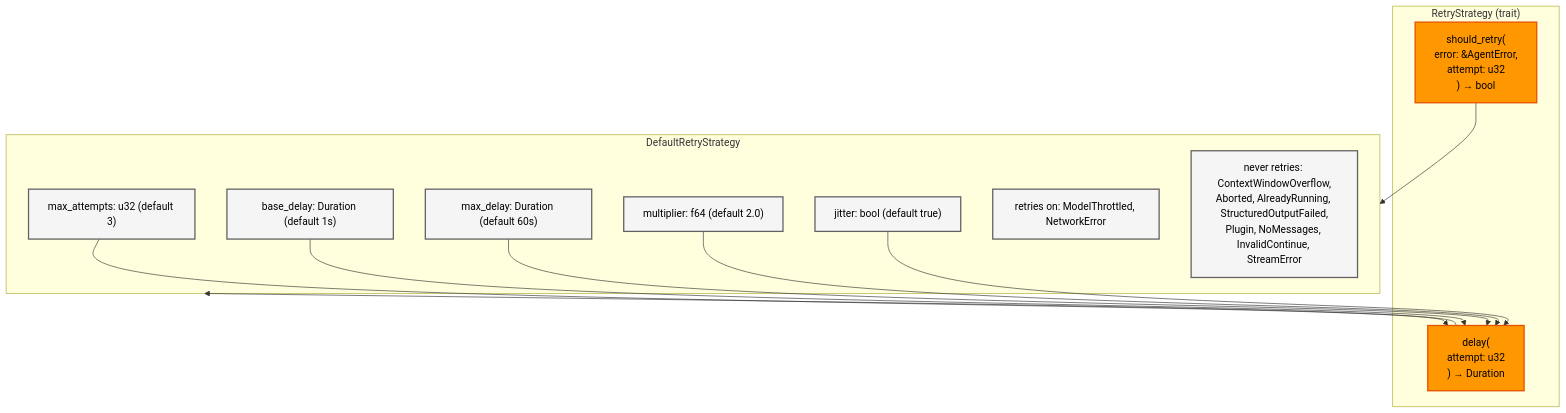
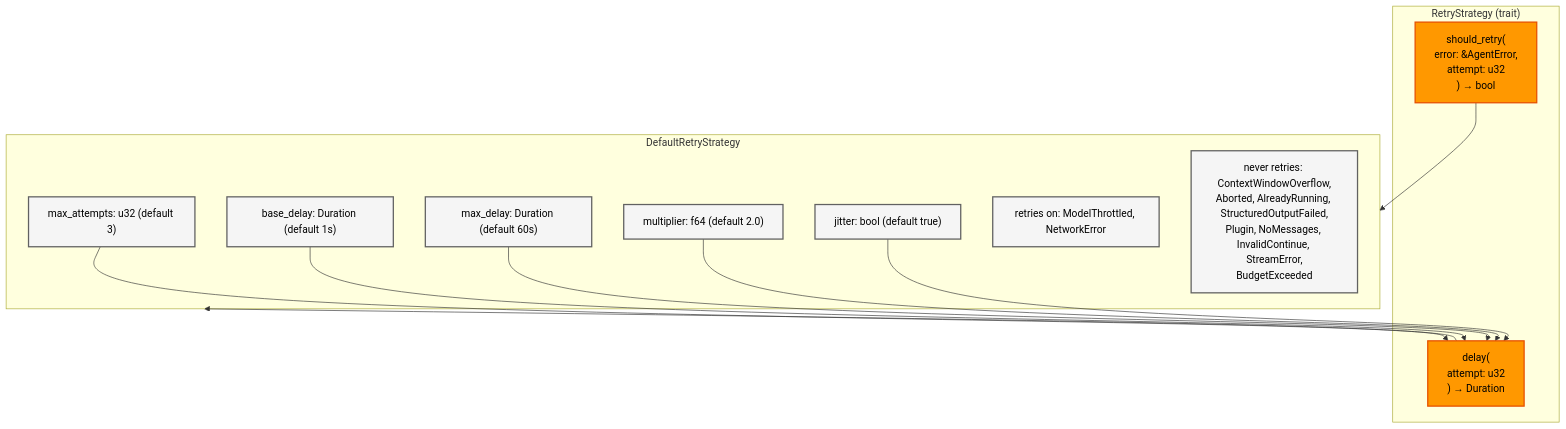
The third of 5 diagrams in docs/architecture/error-handling/README.md (SuperSwinkAI/Swink-Agent), drawn with Mermaid before and after one commit. The commit also changed other lines of this file and 70 other files, not shown here.

````diff
--- a/docs/architecture/error-handling/README.md
+++ b/docs/architecture/error-handling/README.md
@@ -115,31 +118,31 @@
 ```mermaid
 flowchart TB
     subgraph Trait["RetryStrategy (trait)"]
         ShouldRetry["should_retry(<br/>  error: &AgentError,<br/>  attempt: u32<br/>) → bool"]
         Delay["delay(<br/>  attempt: u32<br/>) → Duration"]
     end
 
     subgraph Default["DefaultRetryStrategy"]
         MaxAttempts["max_attempts: u32 (default 3)"]
         BaseDelay["base_delay: Duration (default 1s)"]
         MaxDelay["max_delay: Duration (default 60s)"]
         Multiplier["multiplier: f64 (default 2.0)"]
         Jitter["jitter: bool (default true)"]
         RetryOn["retries on: ModelThrottled, NetworkError"]
-        NeverOn["never retries: ContextWindowOverflow,<br/>Aborted, AlreadyRunning, StructuredOutputFailed,<br/>Plugin, NoMessages, InvalidContinue, StreamError"]
+        NeverOn["never retries: ContextWindowOverflow,<br/>Aborted, AlreadyRunning, StructuredOutputFailed,<br/>Plugin, NoMessages, InvalidContinue, StreamError,<br/>BudgetExceeded"]
     end
 
     ShouldRetry --> Default
     Delay --> Default
     MaxAttempts --> Delay
     BaseDelay --> Delay
     MaxDelay --> Delay
     Multiplier --> Delay
     Jitter --> Delay
 
     classDef traitStyle fill:#ff9800,stroke:#e65100,stroke-width:2px,color:#000
     classDef defaultStyle fill:#f5f5f5,stroke:#616161,stroke-width:2px,color:#000
 
     class ShouldRetry,Delay traitStyle
     class MaxAttempts,BaseDelay,MaxDelay,Multiplier,Jitter,RetryOn,NeverOn defaultStyle
 ```
````
